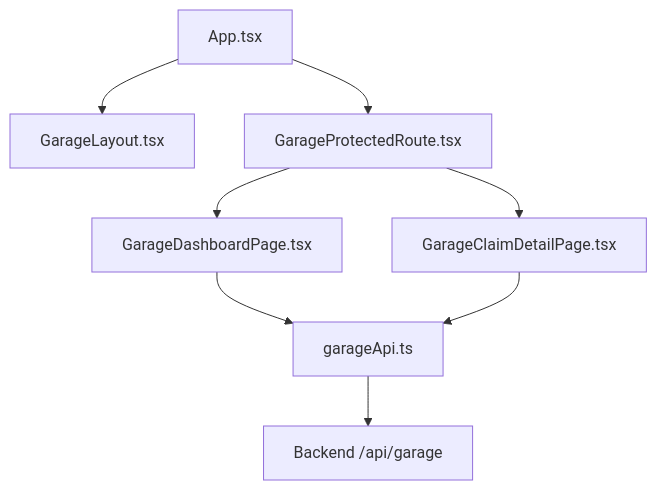
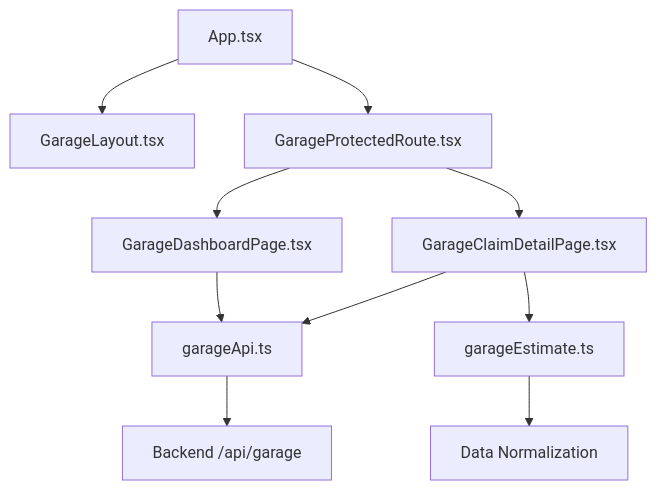
Before and after one commit to NaveenHiranya/Smart-Vehicle-Insurance-Claim-System: the first of 9 diagrams in .qoder/repowiki/en/content/Frontend Documentation/Garage Frontend Interface.md, drawn with Mermaid. The commit also changed other lines of this file and 33 other files, not shown here.

````diff
--- a/.qoder/repowiki/en/content/Frontend Documentation/Garage Frontend Interface.md
+++ b/.qoder/repowiki/en/content/Frontend Documentation/Garage Frontend Interface.md
@@ -51,10 +53,12 @@
 ```mermaid
 graph TB
 A["App.tsx"] --> B["GarageLayout.tsx"]
 A --> C["GarageProtectedRoute.tsx"]
 C --> D["GarageDashboardPage.tsx"]
 C --> E["GarageClaimDetailPage.tsx"]
-D --> F["garageApi.ts"]
-E --> F
-F --> G["Backend /api/garage"]
+E --> F["garageEstimate.ts"]
+D --> G["garageApi.ts"]
+E --> G
+G --> H["Backend /api/garage"]
+F --> I["Data Normalization"]
 ```
````
